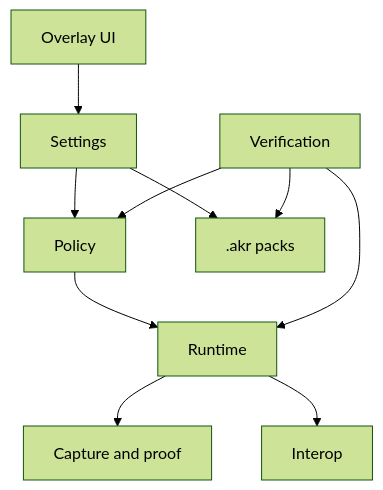
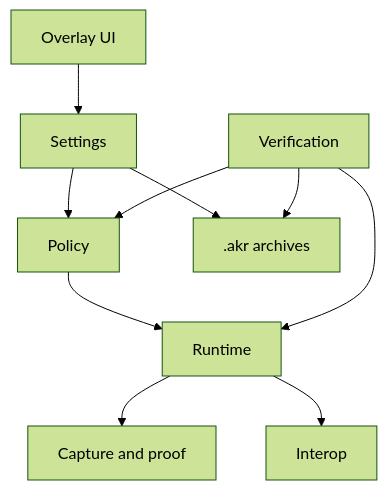
The diagram in docs/contributing/public-architecture.mdx (Microck/akron), drawn with Mermaid (forest theme) before and after one commit. The commit also changed other lines of this file and 122 other files, not shown here.

````diff
--- a/docs/contributing/public-architecture.mdx
+++ b/docs/contributing/public-architecture.mdx
@@ -10,12 +10,12 @@
 ```mermaid
 flowchart TD
   overlay["Overlay UI"] --> settings["Settings"]
   settings --> policy["Policy"]
   policy --> runtime["Runtime"]
-  settings --> packs[".akr packs"]
+  settings --> packs[".akr archives"]
   runtime --> capture["Capture and proof"]
   runtime --> interop["Interop"]
   tests["Verification"] --> policy
   tests --> packs
   tests --> runtime
 ```
````
